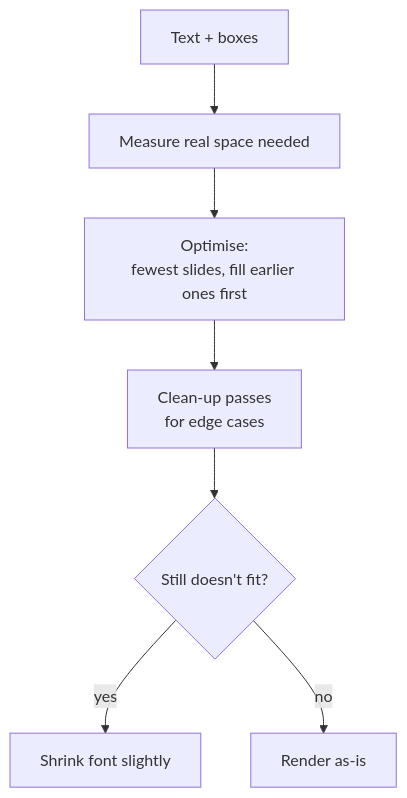
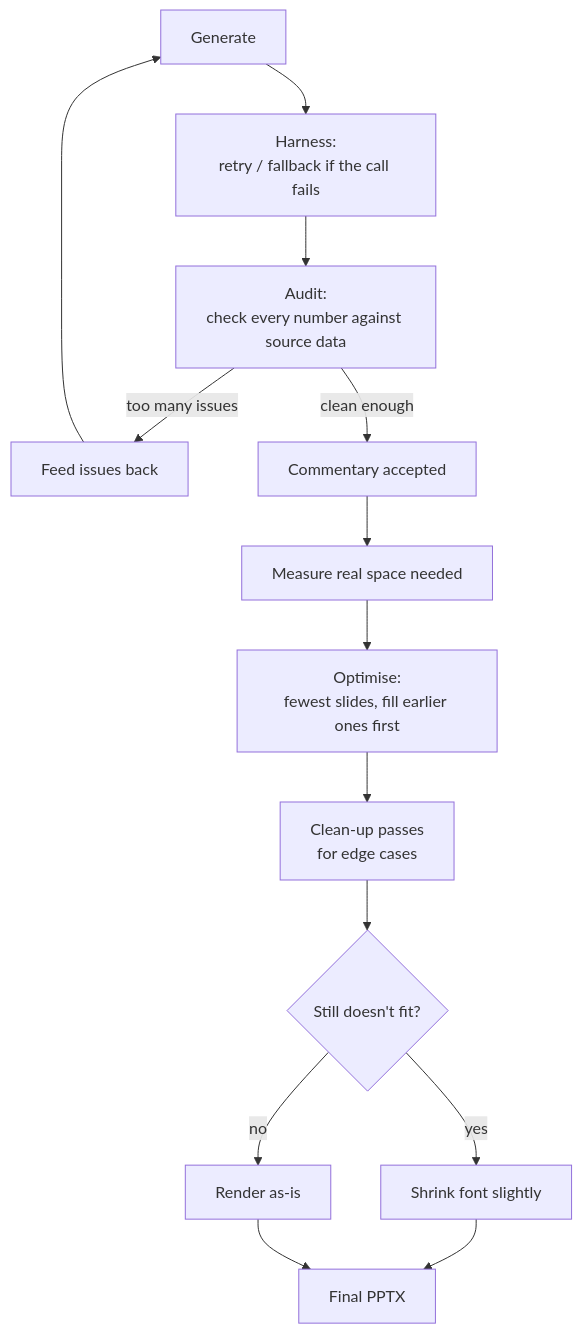
One commit to yutsang/python-pptx changed the diagram in README.md. Above: the diagram before and after it, drawn with Mermaid. The commit also changed other lines of this file, not shown here.

First line of the commit message:
Merge the two diagrams into one vertical flow, drop Style Enforcement

````diff
--- a/README.md
+++ b/README.md
@@ -147,9 +133,16 @@
 ```mermaid
 flowchart TD
-    A[Text + boxes] --> B[Measure real space needed]
-    B --> C["Optimise:<br/>fewest slides, fill earlier ones first"]
-    C --> D["Clean-up passes<br/>for edge cases"]
-    D --> E{Still doesn't fit?}
-    E -- yes --> F[Shrink font slightly]
-    E -- no --> G[Render as-is]
+    A[Generate] --> B["Harness:<br/>retry / fallback if the call fails"]
+    B --> C["Audit:<br/>check every number against source data"]
+    C -->|too many issues| D[Feed issues back]
+    D --> A
+    C -->|clean enough| E[Commentary accepted]
+    E --> F[Measure real space needed]
+    F --> G["Optimise:<br/>fewest slides, fill earlier ones first"]
+    G --> H["Clean-up passes<br/>for edge cases"]
+    H --> I{Still doesn't fit?}
+    I -- yes --> J[Shrink font slightly]
+    I -- no --> K[Render as-is]
+    J --> L[Final PPTX]
+    K --> L
 ```
````
